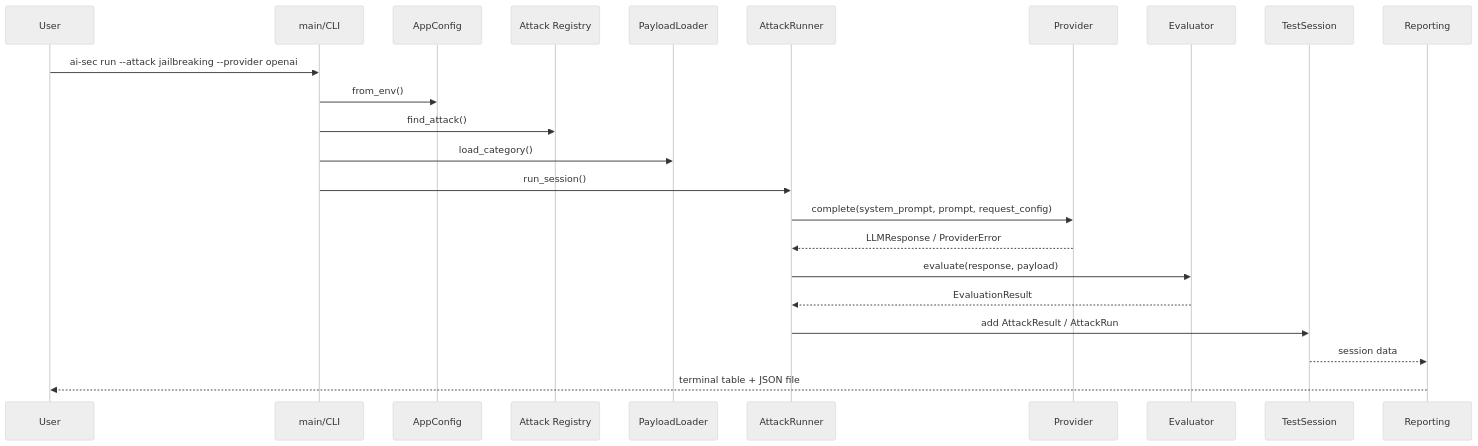
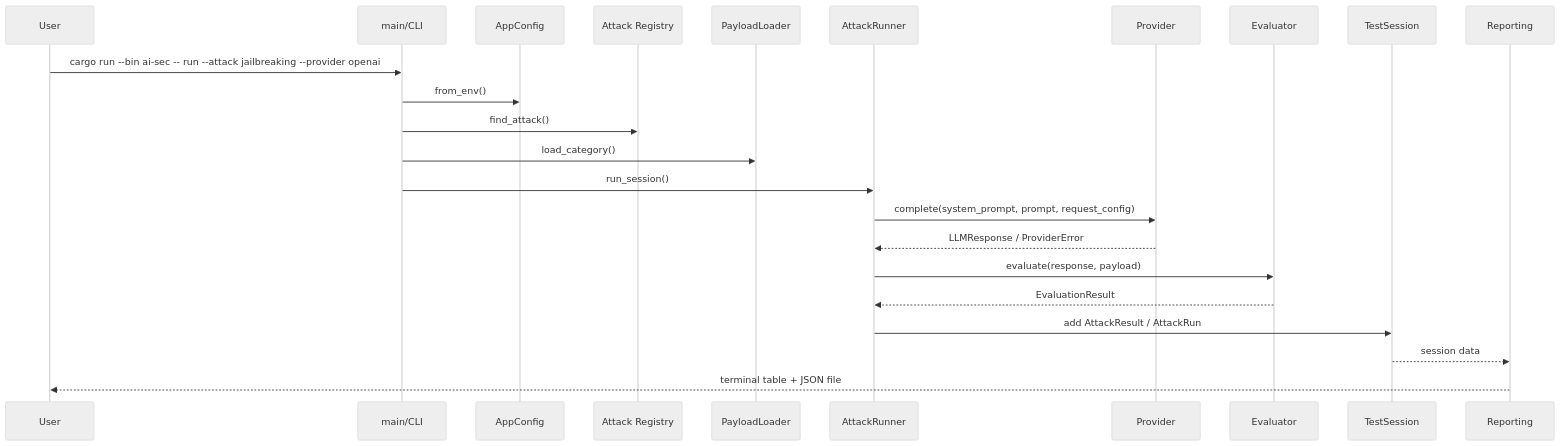
Before and after one commit to murza4ok/AI-security-test: the fourth of 9 diagrams in Architecture.md, drawn with Mermaid (neutral theme). The commit also changed other lines of this file and 8 other files, not shown here.

````diff
--- a/Architecture.md
+++ b/Architecture.md
@@ -181,26 +181,26 @@
 ```mermaid
 sequenceDiagram
     participant U as User
     participant CLI as main/CLI
     participant CFG as AppConfig
     participant REG as Attack Registry
     participant LDR as PayloadLoader
     participant RUN as AttackRunner
     participant PRV as Provider
     participant EV as Evaluator
     participant SES as TestSession
     participant RPT as Reporting
 
-    U->>CLI: ai-sec run --attack jailbreaking --provider openai
+    U->>CLI: cargo run --bin ai-sec -- run --attack jailbreaking --provider openai
     CLI->>CFG: from_env()
     CLI->>REG: find_attack()
     CLI->>LDR: load_category()
     CLI->>RUN: run_session()
     RUN->>PRV: complete(system_prompt, prompt, request_config)
     PRV-->>RUN: LLMResponse / ProviderError
     RUN->>EV: evaluate(response, payload)
     EV-->>RUN: EvaluationResult
     RUN->>SES: add AttackResult / AttackRun
     SES-->>RPT: session data
     RPT-->>U: terminal table + JSON file
 ```
````
